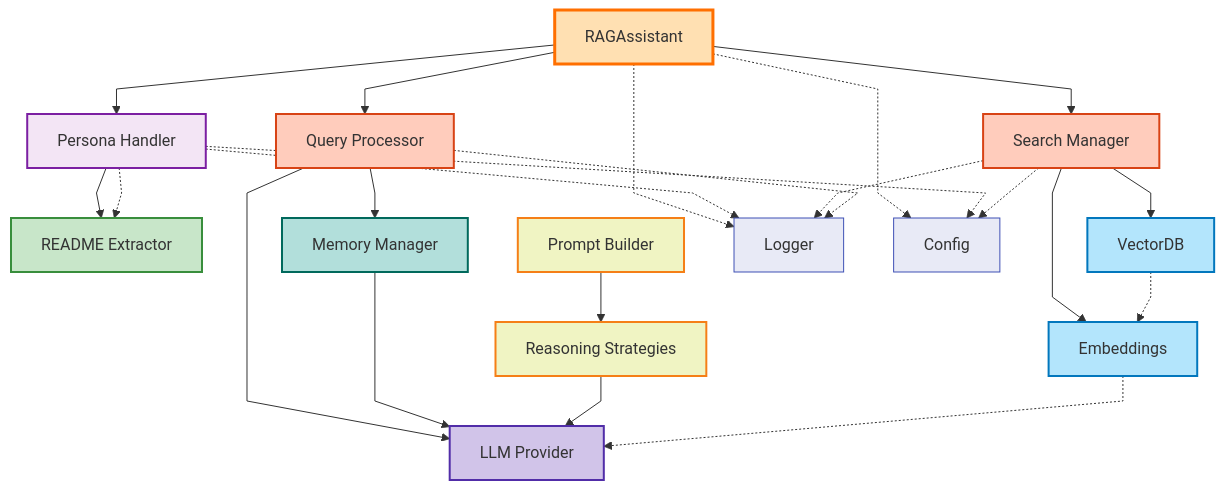
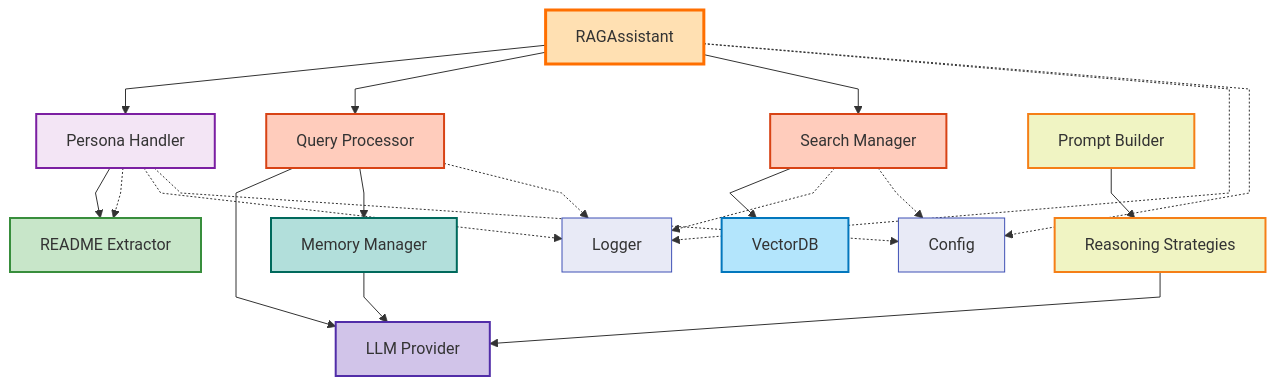
Before and after one commit to sonyjtp/rt-aaidc-rag-based-assistant: the seventh of 8 diagrams in ARCHITECTURE_DIAGRAM.md, drawn with Mermaid. The commit also changed other lines of this file and 58 other files, not shown here.

````diff
--- a/ARCHITECTURE_DIAGRAM.md
+++ b/ARCHITECTURE_DIAGRAM.md
@@ -287,65 +309,50 @@
 ```mermaid
 %%{init: {'flowchart': {'curve': 'linear'}}}%%
 graph TB
     RAG["RAGAssistant"]
-    
+
     PH["Persona Handler"]
     RE["README Extractor"]
     QP["Query Processor"]
     SM["Search Manager"]
     VDB["VectorDB"]
-    EMB["Embeddings"]
     LLM["LLM Provider"]
-    
     PB["Prompt Builder"]
     RS["Reasoning Strategies"]
-    
     MEM["Memory Manager"]
-    
     LOG["Logger"]
     CFG["Config"]
-    
+
     RAG --> PH
     PH --> RE
     RAG --> QP
     RAG --> SM
-    
     SM --> VDB
-    SM --> EMB
-    
     QP --> LLM
     QP --> MEM
-    
     MEM --> LLM
-    
     PB --> RS
     RS --> LLM
-    
+
     PH -.-> RE
-    
-    VDB -.-> EMB
-    EMB -.-> LLM
-    
     RAG -.-> LOG
     PH -.-> LOG
     SM -.-> LOG
     QP -.-> LOG
-    
     RAG -.-> CFG
     PH -.-> CFG
     SM -.-> CFG
-    
+
     style RAG fill:#ffe0b2,stroke:#ff6f00,stroke-width:3px
     style PH fill:#f3e5f5,stroke:#7b1fa2,stroke-width:2px
     style RE fill:#c8e6c9,stroke:#388e3c,stroke-width:2px
     style QP fill:#ffccbc,stroke:#d84315,stroke-width:2px
     style SM fill:#ffccbc,stroke:#d84315,stroke-width:2px
     style VDB fill:#b3e5fc,stroke:#0277bd,stroke-width:2px
-    style EMB fill:#b3e5fc,stroke:#0277bd,stroke-width:2px
     style LLM fill:#d1c4e9,stroke:#512da8,stroke-width:2px
     style PB fill:#f0f4c3,stroke:#f57f17,stroke-width:2px
     style RS fill:#f0f4c3,stroke:#f57f17,stroke-width:2px
     style MEM fill:#b2dfdb,stroke:#00695c,stroke-width:2px
     style LOG fill:#e8eaf6,stroke:#3f51b5,stroke-width:1px
     style CFG fill:#e8eaf6,stroke:#3f51b5,stroke-width:1px
 ```
````
